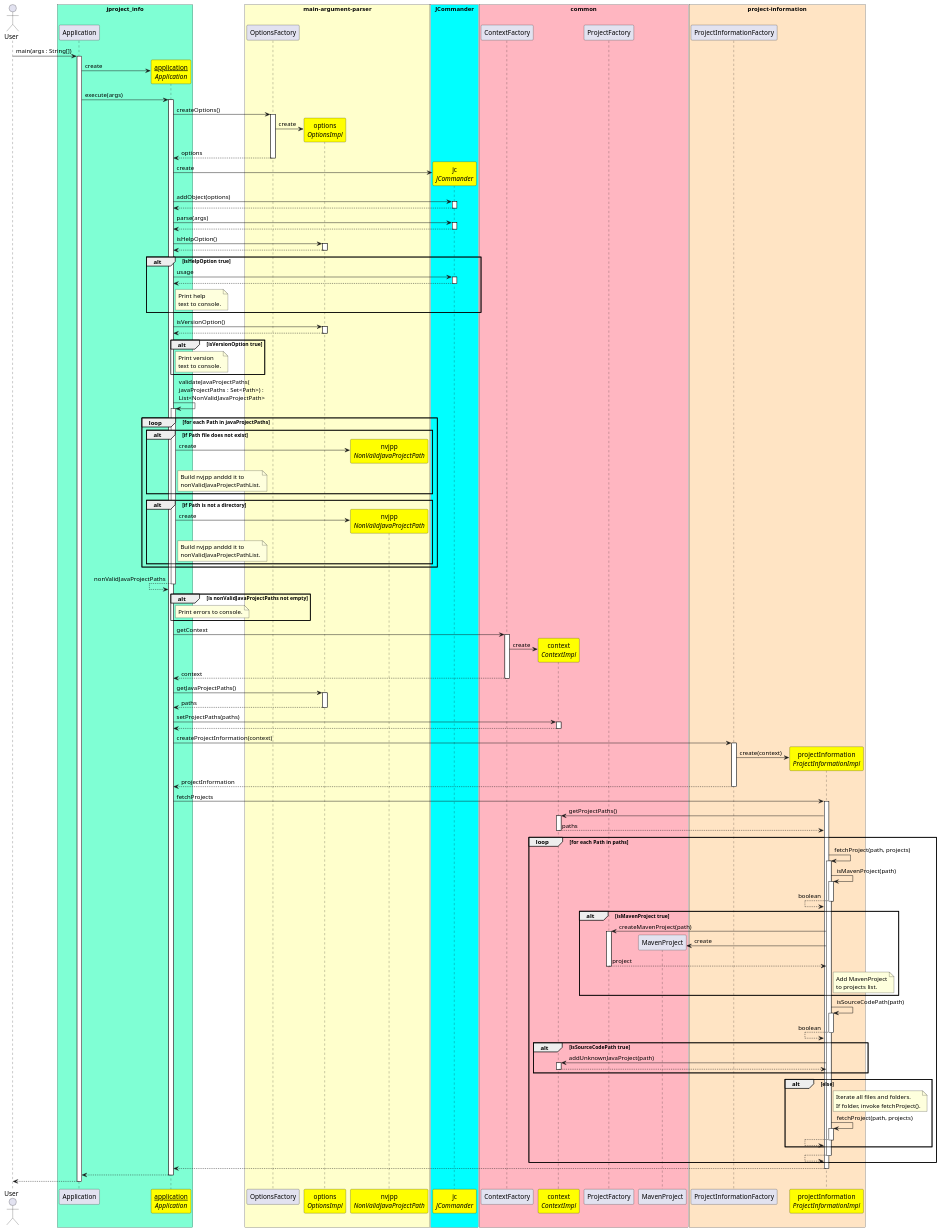
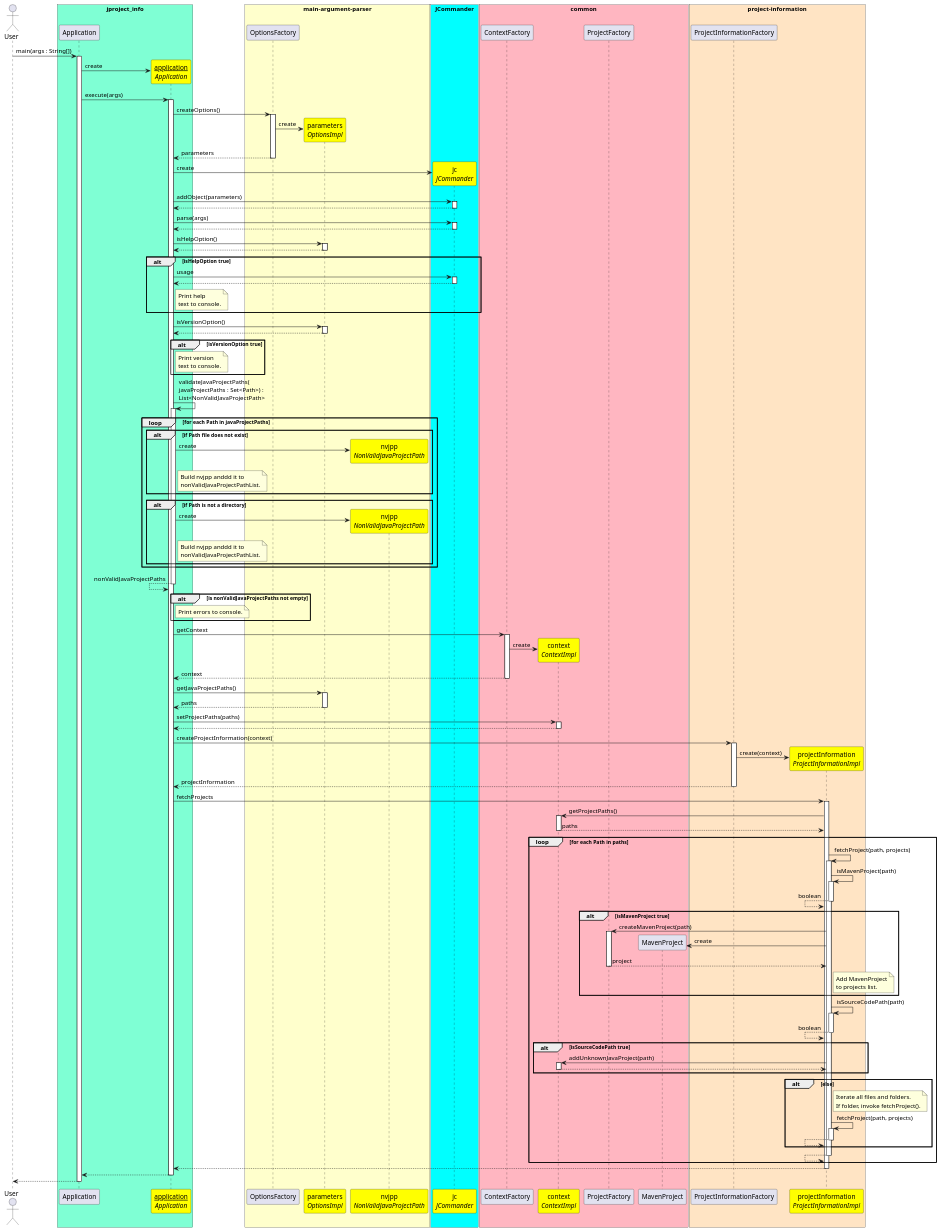
One commit to teinelund/jproject-info changed the diagram in sequencediagra.puml. Above: the diagram before and after it, drawn with PlantUML. The commit also changed 32 other files, not shown here.

```diff
--- a/sequencediagra.puml
+++ b/sequencediagra.puml
@@ -1,157 +1,157 @@
 @startuml
 autoactivate on
 
 actor User
 participant "__application__\n//Application//" as Application1 #Yellow
-participant "options\n//OptionsImpl//" as OptionsImpl1 #Yellow
+participant "parameters\n//OptionsImpl//" as OptionsImpl1 #Yellow
 participant "jc\n//JCommander//" as JCommander1 #Yellow
 participant "nvjpp\n//NonValidJavaProjectPath//" as NonValidJavaProjectPath1 #Yellow
 participant "context\n//ContextImpl//" as ContextImpl1 #Yellow
 participant "projectInformation\n//ProjectInformationImpl//" as ProjectInformationImpl1 #Yellow
 
 box "jproject_info" #Aquamarine
 participant Application
 participant Application1
 end box
 
 box "main-argument-parser" #Business
 participant OptionsFactory
 participant OptionsImpl1
 participant NonValidJavaProjectPath1
 end box
 
 box "JCommander" #Cyan
 participant JCommander1
 end box
 
 box "common" #LightPink
 participant ContextFactory
 participant ContextImpl1
 participant ProjectFactory
 participant MavenProject
 end box
 
 box "project-information" #Bisque
 participant ProjectInformationFactory
 participant ProjectInformationImpl1
 end box
 
 User -> Application : main(args : String[])
 
 Application -> Application1 ** : create
 Application -> Application1 : execute(args)
 
 Application1 -> OptionsFactory : createOptions()
 OptionsFactory -> OptionsImpl1 ** : create
-Application1 <-- OptionsFactory : options
+Application1 <-- OptionsFactory : parameters
 
 Application1 -> JCommander1 ** : create
-Application1 -> JCommander1 : addObject(options)
+Application1 -> JCommander1 : addObject(parameters)
 Application1 <-- JCommander1
 
 ' Parse command line argumets
 Application1 -> JCommander1 : parse(args)
 Application1 <-- JCommander1
 
-' Is help of version options ivoked?
+' Is help of version parameters ivoked?
 Application1 -> OptionsImpl1 : isHelpOption()
 Application1 <-- OptionsImpl1
 
 alt isHelpOption true
 
     Application1 -> JCommander1 : usage
     Application1 <-- JCommander1
 
     note right of Application1: Print help\ntext to console.
 
 end
 
 Application1 -> OptionsImpl1 : isVersionOption()
 Application1 <-- OptionsImpl1
 
 alt isVersionOption true
     note right of Application1: Print version\ntext to console.
 end
 
 ' Business logic
 Application1 -> Application1 : validateJavaProjectPaths(\njavaProjectPaths : Set<Path>) : \nList<NonValidJavaProjectPath>
 
     loop for each Path in javaProjectPaths
         alt if Path file does not exist
             Application1 -> NonValidJavaProjectPath1 ** : create
 
             note right of Application1: Build nvjpp and\add it to\nnonValidJavaProjectPathList.
         end
 
         alt if Path is not a directory
             Application1 -> NonValidJavaProjectPath1 ** : create
 
             note right of Application1: Build nvjpp and\add it to\nnonValidJavaProjectPathList.
         end
     end
 
 Application1 <-- Application1 : nonValidJavaProjectPaths
 
 alt is nonValidJavaProjectPaths not empty
     note right of Application1: Print errors to console.
 end
 
 Application1 -> ContextFactory : getContext
 ContextFactory -> ContextImpl1 ** : create
 Application1 <-- ContextFactory : context
 
 Application1 -> OptionsImpl1 : getJavaProjectPaths()
 Application1 <-- OptionsImpl1 : paths
 
 Application1 -> ContextImpl1 : setProjectPaths(paths)
 Application1 <-- ContextImpl1
 
 Application1 -> ProjectInformationFactory : createProjectInformation(context)
 ProjectInformationFactory -> ProjectInformationImpl1 ** : create(context)
 Application1 <-- ProjectInformationFactory : projectInformation
 
 ' Fetch Projects
 Application1 -> ProjectInformationImpl1 : fetchProjects
 ProjectInformationImpl1 -> ContextImpl1 : getProjectPaths()
 ProjectInformationImpl1 <-- ContextImpl1 : paths
 
 loop for each Path in paths
     ProjectInformationImpl1 -> ProjectInformationImpl1 : fetchProject(path, projects)
 
         ProjectInformationImpl1 -> ProjectInformationImpl1 : isMavenProject(path)
         ProjectInformationImpl1 <-- ProjectInformationImpl1 : boolean
 
         alt isMavenProject true
             ProjectInformationImpl1 -> ProjectFactory : createMavenProject(path)
             ProjectInformationImpl1 -> MavenProject ** : create
             ProjectInformationImpl1 <-- ProjectFactory : project
 
             note right of ProjectInformationImpl1: Add MavenProject\nto projects list.
         end
 
         ProjectInformationImpl1 -> ProjectInformationImpl1 : isSourceCodePath(path)
         ProjectInformationImpl1 <-- ProjectInformationImpl1 : boolean
 
         alt isSourceCodePath true
             ProjectInformationImpl1 -> ContextImpl1 : addUnknownJavaProject(path)
             ProjectInformationImpl1 <-- ContextImpl1
         end
 
         alt else
             note right of ProjectInformationImpl1: Iterate all files and folders.\nIf folder, invoke fetchProject().
             ProjectInformationImpl1 -> ProjectInformationImpl1 : fetchProject(path, projects)
             ProjectInformationImpl1 <-- ProjectInformationImpl1
         end
         
 
     ProjectInformationImpl1 <-- ProjectInformationImpl1
 end
 
 Application1 <-- ProjectInformationImpl1
 ' End of Fetch Project
 
 
 Application <-- Application1
 
 User <-- Application
 @enduml
```
